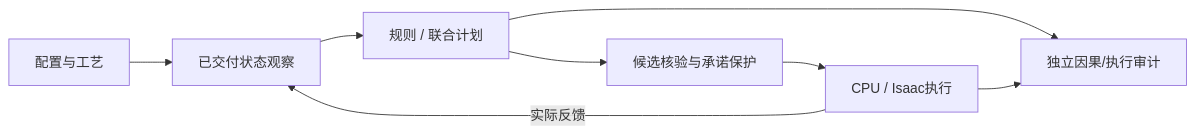
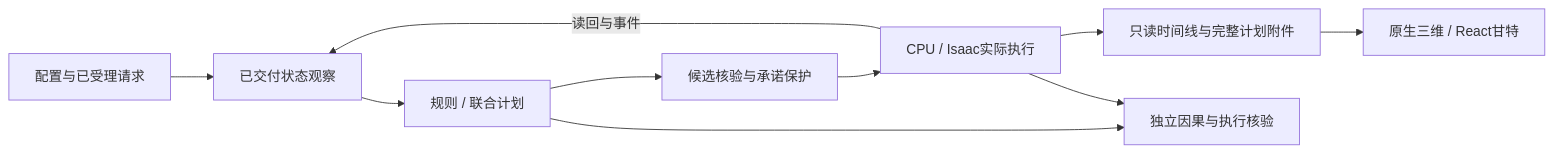
The diagram in README.md (delongwangshu49-hub/adaptive-hrc-scheduling), drawn with Mermaid before and after one commit. The commit also changed other lines of this file and 99 other files, not shown here.

````diff
--- a/README.md
+++ b/README.md
@@ -100,10 +103,12 @@
 ```mermaid
 flowchart LR
-    I[配置与工艺] --> O[已交付状态观察]
+    I[配置与已受理请求] --> O[已交付状态观察]
     O --> P[规则 / 联合计划]
     P --> V[候选核验与承诺保护]
-    V --> E[CPU / Isaac执行]
-    E -->|实际反馈| O
-    P --> A[独立因果/执行审计]
+    V --> E[CPU / Isaac实际执行]
+    E -->|读回与事件| O
+    E --> T[只读时间线与完整计划附件]
+    T --> U[原生三维 / React甘特]
+    P --> A[独立因果与执行核验]
     E --> A
 ```
````
